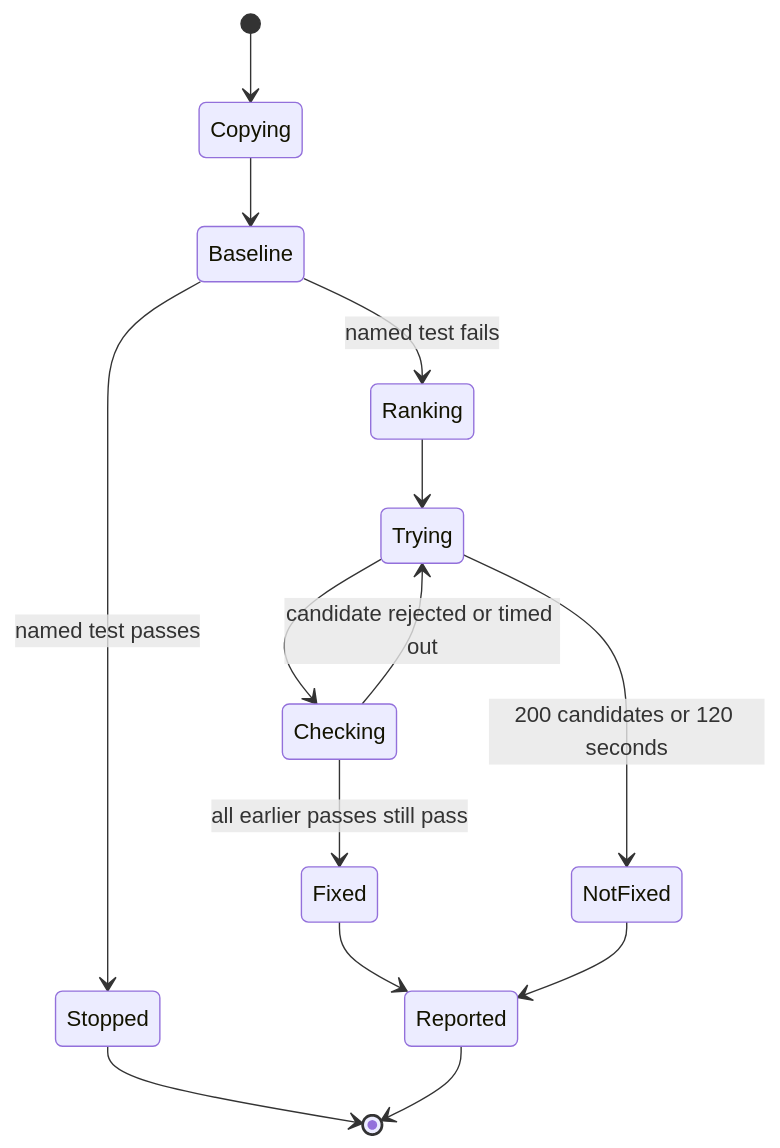
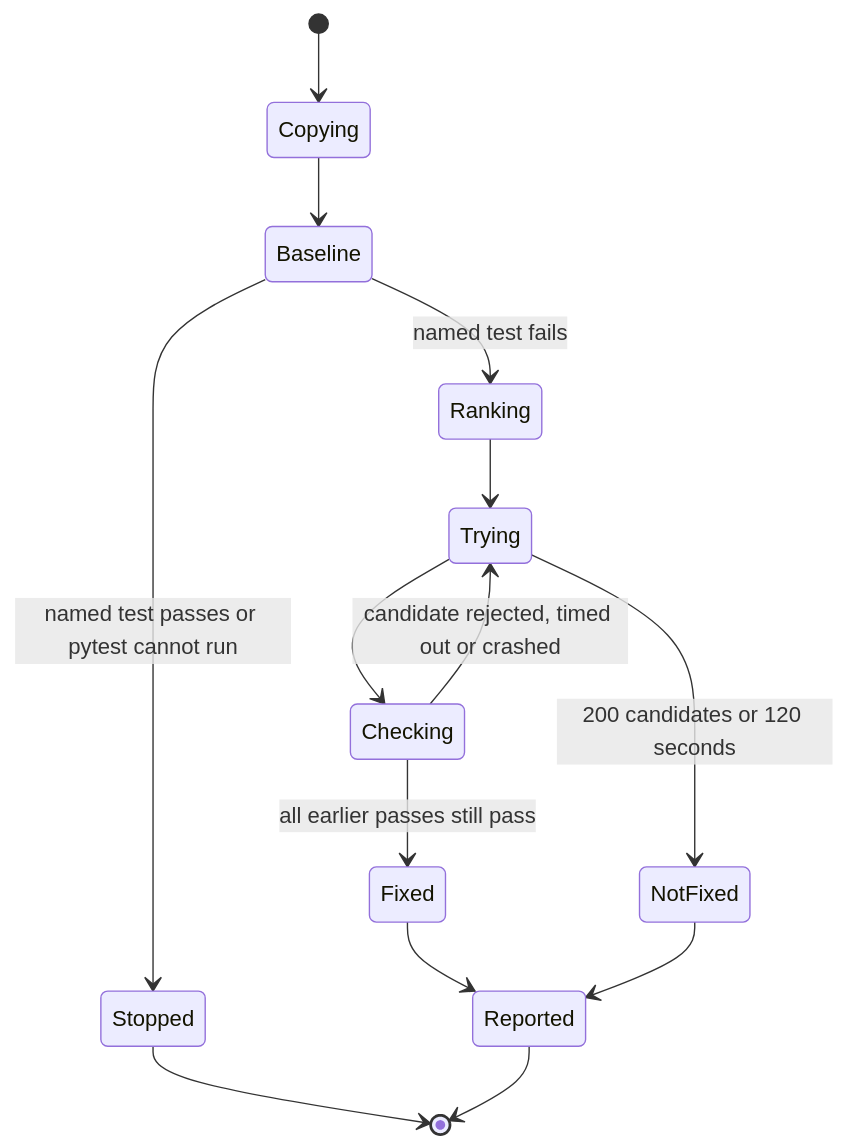
The fourth of 4 diagrams in docs/FULL_SPEC.md (untzaidsarwar/se-agent), drawn with Mermaid before and after one commit. The commit also changed other lines of this file and 1 other file, not shown here.

Commit message:
Close remaining proposal feedback gaps in Full Spec and Run Brief

````diff
--- a/docs/FULL_SPEC.md
+++ b/docs/FULL_SPEC.md
@@ -202,16 +206,16 @@
 ```mermaid
 stateDiagram-v2
   [*] --> Copying
   Copying --> Baseline
-  Baseline --> Stopped: named test passes
+  Baseline --> Stopped: named test passes or pytest cannot run
   Baseline --> Ranking: named test fails
   Ranking --> Trying
   Trying --> Checking
   Checking --> Fixed: all earlier passes still pass
-  Checking --> Trying: candidate rejected or timed out
+  Checking --> Trying: candidate rejected, timed out or crashed
   Trying --> NotFixed: 200 candidates or 120 seconds
   Fixed --> Reported
   NotFixed --> Reported
   Stopped --> [*]
   Reported --> [*]
 ```
````
